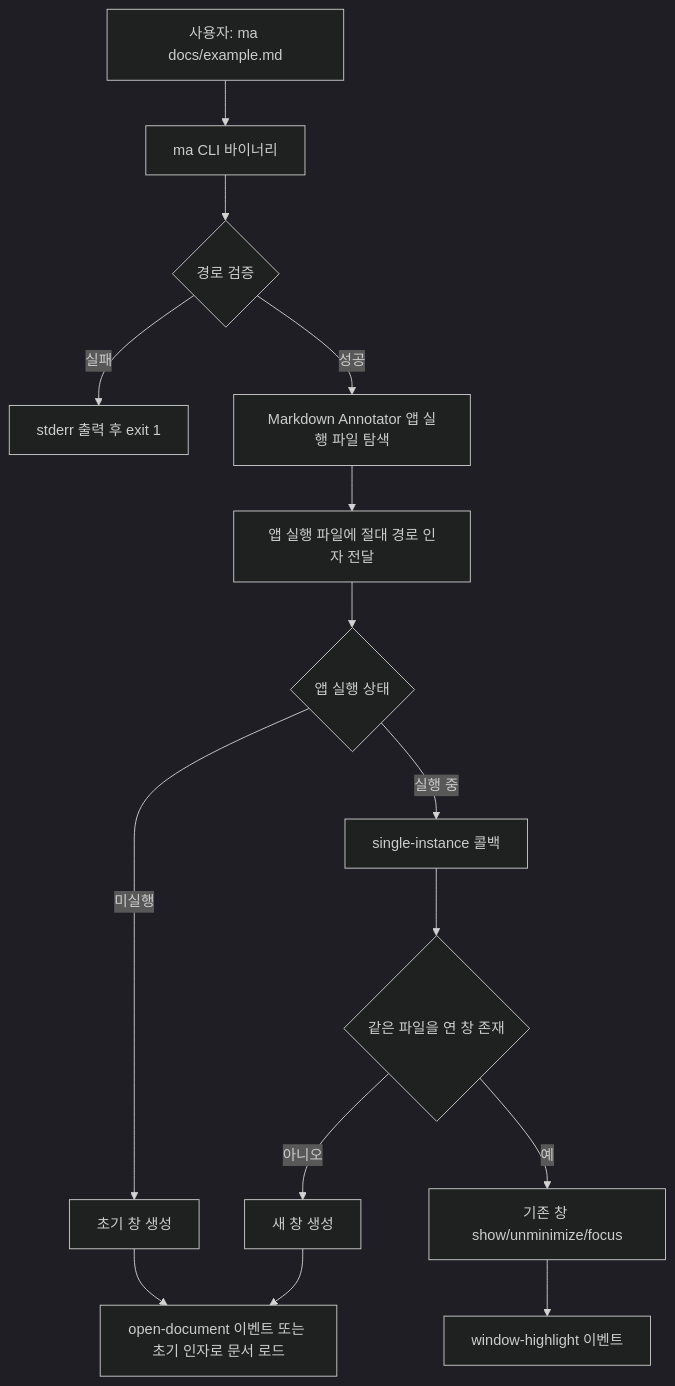
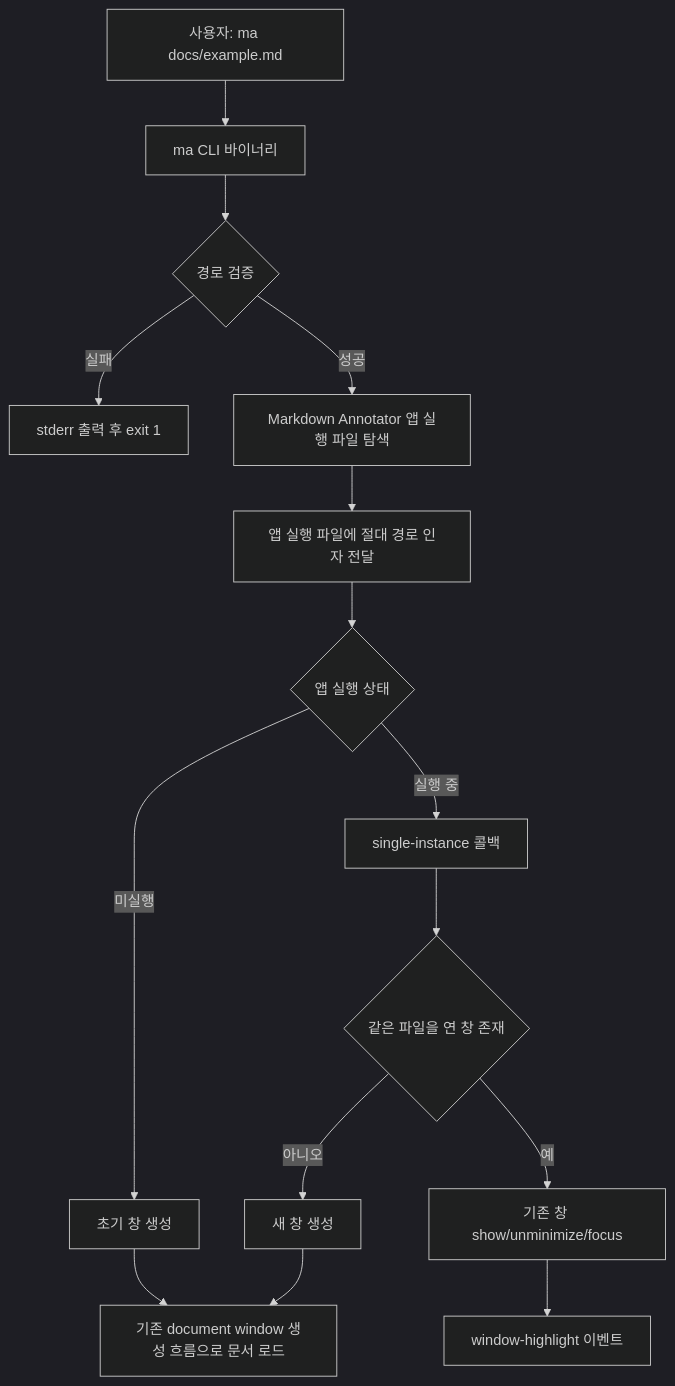
Before and after one commit to yoophi/markdown-annotator: the first of 4 diagrams in docs/cli-open-markdown-plan.md, drawn with Mermaid (dark theme). The commit also changed other lines of this file and 7 other files, not shown here.

````diff
--- a/docs/cli-open-markdown-plan.md
+++ b/docs/cli-open-markdown-plan.md
@@ -32,17 +32,17 @@
 ```mermaid
 flowchart TD
     A["사용자: ma docs/example.md"] --> B["ma CLI 바이너리"]
     B --> C{"경로 검증"}
     C -- "실패" --> D["stderr 출력 후 exit 1"]
     C -- "성공" --> E["Markdown Annotator 앱 실행 파일 탐색"]
     E --> F["앱 실행 파일에 절대 경로 인자 전달"]
     F --> G{"앱 실행 상태"}
     G -- "미실행" --> H["초기 창 생성"]
     G -- "실행 중" --> I["single-instance 콜백"]
-    H --> J["open-document 이벤트 또는 초기 인자로 문서 로드"]
+    H --> J["기존 document window 생성 흐름으로 문서 로드"]
     I --> K{"같은 파일을 연 창 존재"}
     K -- "예" --> L["기존 창 show/unminimize/focus"]
     L --> M["window-highlight 이벤트"]
     K -- "아니오" --> N["새 창 생성"]
     N --> J
 ```
````
